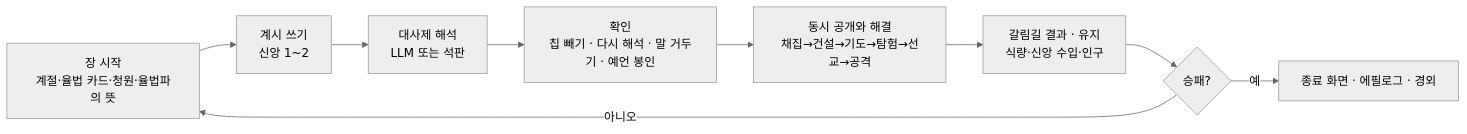
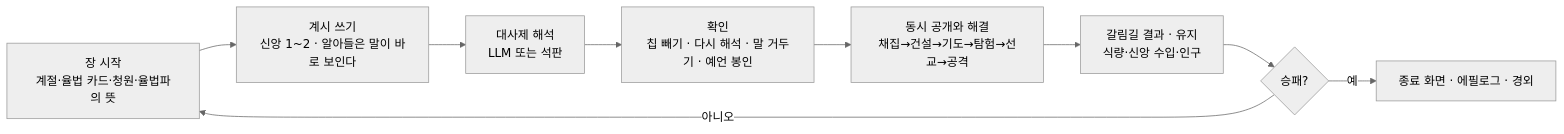
The diagram in docs/spec/01-overview.md (wisebear-KOR/GSG_Project), drawn with Mermaid (neutral theme) before and after one commit. The commit also changed other lines of this file and 12 other files, not shown here.

````diff
--- a/docs/spec/01-overview.md
+++ b/docs/spec/01-overview.md
@@ -23,11 +23,11 @@
 ```mermaid
 flowchart LR
-  A[장 시작<br/>계절·율법 카드·청원·율법파의 뜻] --> B[계시 쓰기<br/>신앙 1~2]
+  A[장 시작<br/>계절·율법 카드·청원·율법파의 뜻] --> B[계시 쓰기<br/>신앙 1~2 · 알아들은 말이 바로 보인다]
   B --> C[대사제 해석<br/>LLM 또는 석판]
   C --> D[확인<br/>칩 빼기 · 다시 해석 · 말 거두기 · 예언 봉인]
   D --> E[동시 공개와 해결<br/>채집→건설→기도→탐험→선교→공격]
   E --> F[갈림길 결과 · 유지<br/>식량·신앙 수입·인구]
   F --> G{승패?}
   G -- 아니오 --> A
   G -- 예 --> H[종료 화면 · 에필로그 · 경외]
 ```
````
